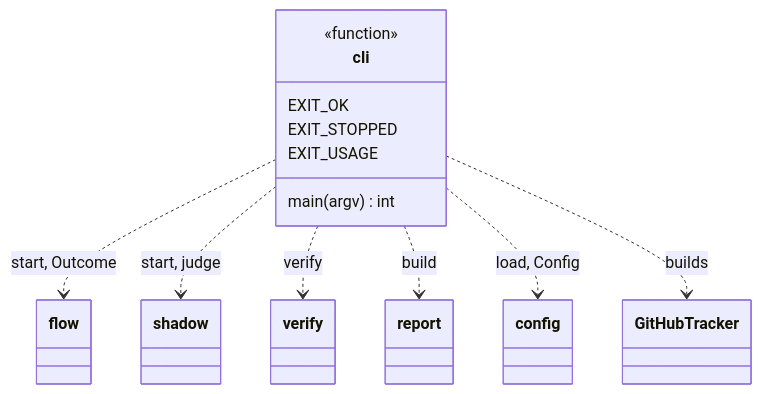
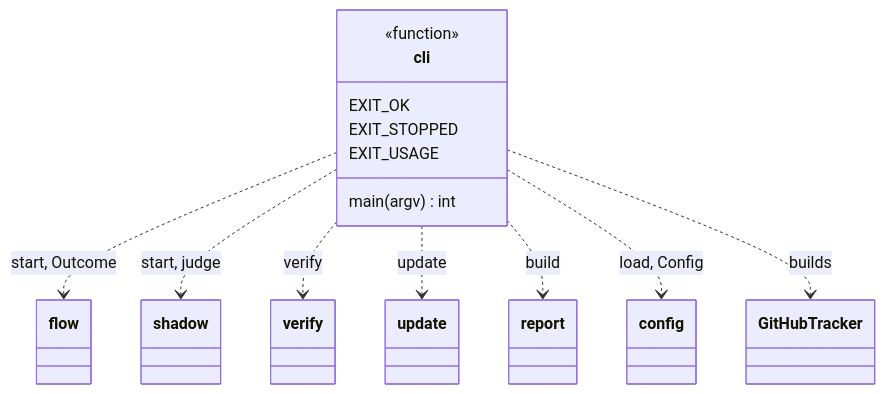
One commit to plaplanche/ariane changed the second of 3 diagrams in docs/architecture/modules/cli.md. Above: the diagram before and after it, drawn with Mermaid. The commit also changed other lines of this file and 33 other files, not shown here.

````diff
--- a/docs/architecture/modules/cli.md
+++ b/docs/architecture/modules/cli.md
@@ -56,22 +57,24 @@
 ```mermaid
 classDiagram
 class cli {
   <<function>>
   main(argv) int
   EXIT_OK
   EXIT_STOPPED
   EXIT_USAGE
 }
 class flow
 class shadow
 class verify
+class update
 class report
 class config
 class GitHubTracker
 cli ..> flow : start, Outcome
 cli ..> shadow : start, judge
 cli ..> verify : verify
+cli ..> update : update
 cli ..> report : build
 cli ..> config : load, Config
 cli ..> GitHubTracker : builds
 ```
````
